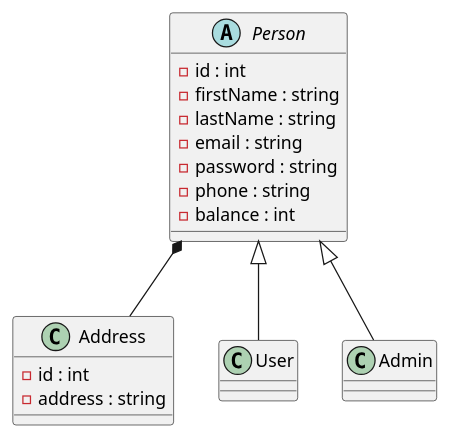
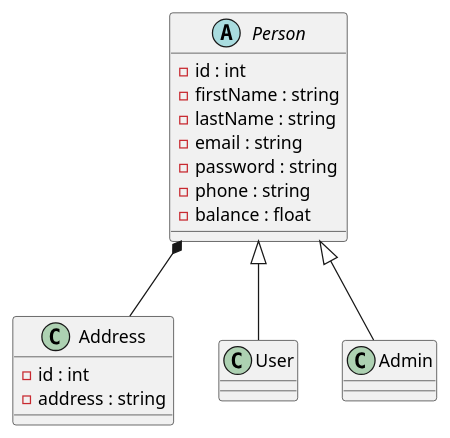
The diagram in condingLate/diagrams/user.puml (IamMoShi/codingweek-30), drawn with PlantUML before and after one commit. The commit also changed 29 other files, not shown here.

```diff
--- a/condingLate/diagrams/user.puml
+++ b/condingLate/diagrams/user.puml
@@ -1,28 +1,28 @@
 @startuml
 
 abstract class Person {
     - id : int
     - firstName : string
     - lastName : string
     - email : string
     - password : string
     - phone : string
-    - balance : int
+    - balance : float
 }
 
 Person *-- Address
 
 class Address {
     - id : int
     - address : string
 }
 
 class User extends Person {
 
 }
 
 class Admin extends Person {
 
 }
 
 @enduml
```
